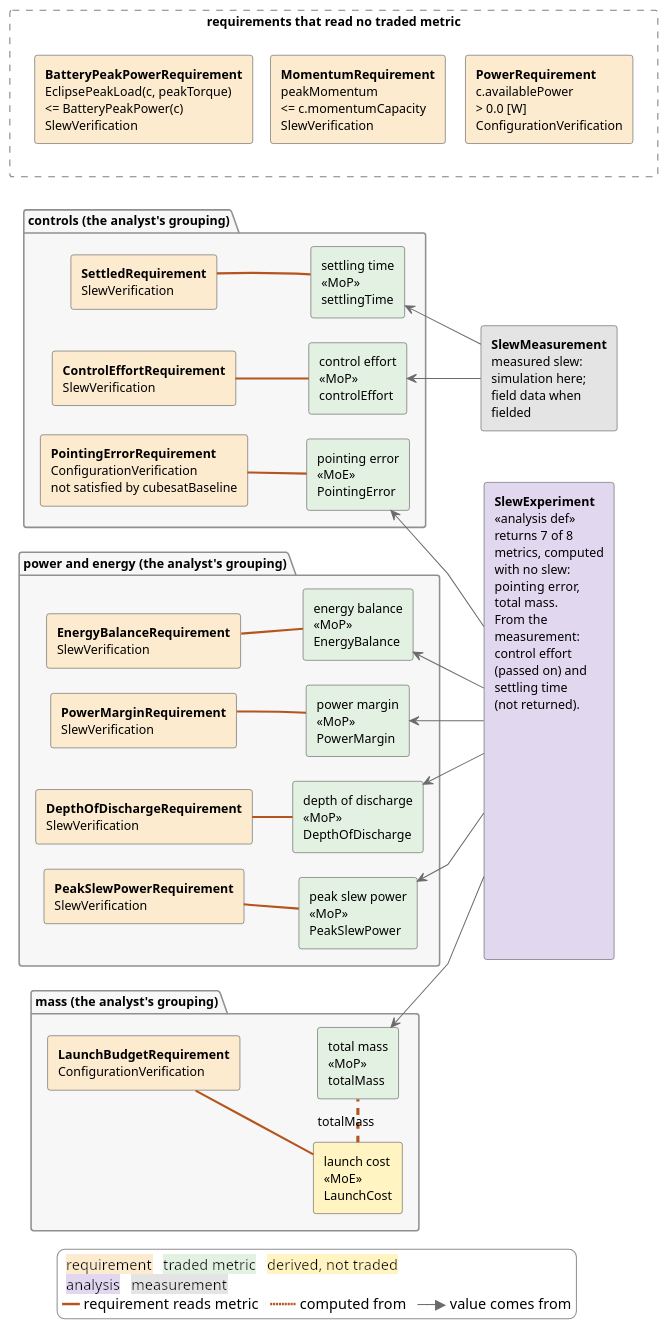
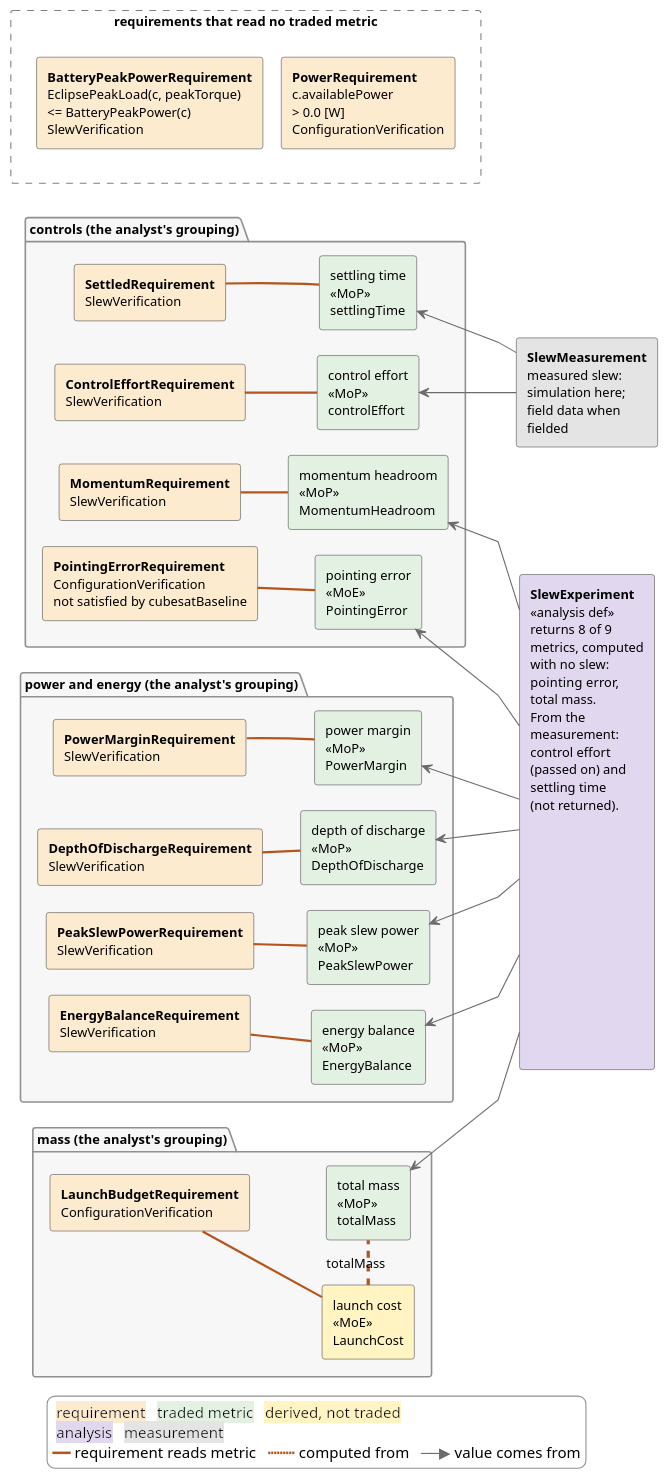
One commit to DynamicalSystemsGroup/hyperbolic-trade-space changed the diagram in examples/adcs/model_v2/views/behavioural_view.puml. Above: the diagram before and after it, drawn with PlantUML. The commit also changed 11 other files, not shown here.

```diff
--- a/examples/adcs/model_v2/views/behavioural_view.puml
+++ b/examples/adcs/model_v2/views/behavioural_view.puml
@@ -1,96 +1,100 @@
 @startuml
 left to right direction
 skinparam linetype polyline
 skinparam shadowing false
 skinparam defaultFontName SansSerif
 skinparam defaultFontSize 12
 skinparam ClassBackgroundColor white
 skinparam ClassBorderColor #404040
 skinparam ClassAttributeIconSize 0
 skinparam ArrowColor #404040
 skinparam RectangleBackgroundColor white
 skinparam RectangleBorderColor #404040
 skinparam PackageBackgroundColor #F7F7F7
 skinparam PackageBorderColor #909090
 skinparam LegendBackgroundColor white
 skinparam LegendBorderColor #909090
 skinparam nodesep 24
 skinparam ranksep 12
 hide circle
 hide empty members
 
 scale 700 width
 
 package "controls (the analyst's grouping)" {
   rectangle "**SettledRequirement**\nSlewVerification" as xSettledrequirement #FDEBD0
   rectangle "**ControlEffortRequirement**\nSlewVerification" as xControleffortrequirement #FDEBD0
   rectangle "**PointingErrorRequirement**\nConfigurationVerification\nnot satisfied by cubesatBaseline" as xPointingerrorrequirement #FDEBD0
+  rectangle "**MomentumRequirement**\nSlewVerification" as xMomentumrequirement #FDEBD0
   rectangle "settling time\n<<MoP>>\nsettlingTime" as xSettlingTime #E3F1E3
   rectangle "control effort\n<<MoP>>\ncontrolEffort" as xControlEffort #E3F1E3
   rectangle "pointing error\n<<MoE>>\nPointingError" as xPointingError #E3F1E3
+  rectangle "momentum headroom\n<<MoP>>\nMomentumHeadroom" as xMomentumHeadroom #E3F1E3
 }
 xSettledrequirement -[hidden]right-> xControleffortrequirement
 xControleffortrequirement -[hidden]right-> xPointingerrorrequirement
+xPointingerrorrequirement -[hidden]right-> xMomentumrequirement
 xSettlingTime -[hidden]right-> xControlEffort
 xControlEffort -[hidden]right-> xPointingError
+xPointingError -[hidden]right-> xMomentumHeadroom
 xSettledrequirement -[hidden]-> xSettlingTime
 package "power and energy (the analyst's grouping)" {
   rectangle "**PowerMarginRequirement**\nSlewVerification" as xPowermarginrequirement #FDEBD0
   rectangle "**EnergyBalanceRequirement**\nSlewVerification" as xEnergybalancerequirement #FDEBD0
   rectangle "**PeakSlewPowerRequirement**\nSlewVerification" as xPeakslewpowerrequirement #FDEBD0
   rectangle "**DepthOfDischargeRequirement**\nSlewVerification" as xDepthofdischargerequirement #FDEBD0
   rectangle "power margin\n<<MoP>>\nPowerMargin" as xPowerMargin #E3F1E3
   rectangle "energy balance\n<<MoP>>\nEnergyBalance" as xEnergyBalance #E3F1E3
   rectangle "peak slew power\n<<MoP>>\nPeakSlewPower" as xPeakSlewPower #E3F1E3
   rectangle "depth of discharge\n<<MoP>>\nDepthOfDischarge" as xDepthOfDischarge #E3F1E3
 }
 xPowermarginrequirement -[hidden]right-> xEnergybalancerequirement
 xEnergybalancerequirement -[hidden]right-> xPeakslewpowerrequirement
 xPeakslewpowerrequirement -[hidden]right-> xDepthofdischargerequirement
 xPowerMargin -[hidden]right-> xEnergyBalance
 xEnergyBalance -[hidden]right-> xPeakSlewPower
 xPeakSlewPower -[hidden]right-> xDepthOfDischarge
 xPowermarginrequirement -[hidden]-> xPowerMargin
 package "mass (the analyst's grouping)" {
   rectangle "**LaunchBudgetRequirement**\nConfigurationVerification" as xLaunchbudgetrequirement #FDEBD0
   rectangle "launch cost\n<<MoE>>\nLaunchCost" as xLaunchcost #FFF4C2
   rectangle "total mass\n<<MoP>>\ntotalMass" as xTotalMass #E3F1E3
 }
 xLaunchbudgetrequirement -[hidden]-> xTotalMass
 rectangle "requirements that read no traded metric" as xNoLine #FFFFFF;line:gray;line.dashed {
   rectangle "**BatteryPeakPowerRequirement**\nEclipsePeakLoad(c, peakTorque)\n<= BatteryPeakPower(c)\nSlewVerification" as xBatterypeakpowerrequirement #FDEBD0
-  rectangle "**MomentumRequirement**\npeakMomentum\n<= c.momentumCapacity\nSlewVerification" as xMomentumrequirement #FDEBD0
   rectangle "**PowerRequirement**\nc.availablePower\n> 0.0 [W]\nConfigurationVerification" as xPowerrequirement #FDEBD0
-  xBatterypeakpowerrequirement -[hidden]-> xMomentumrequirement
-  xMomentumrequirement -[hidden]-> xPowerrequirement
+  xBatterypeakpowerrequirement -[hidden]-> xPowerrequirement
 }
 xLaunchbudgetrequirement -[hidden]right-> xNoLine
 
-rectangle "**SlewExperiment**\n<<analysis def>>\nreturns 7 of 8\nmetrics, computed\nwith no slew:\npointing error,\ntotal mass.\nFrom the\nmeasurement:\ncontrol effort\n(passed on) and\nsettling time\n(not returned).\n\n\n\n\n\n\n\n\n\n\n\n\n\n" as xAnalysis #E1D8F0
+rectangle "**SlewExperiment**\n<<analysis def>>\nreturns 8 of 9\nmetrics, computed\nwith no slew:\npointing error,\ntotal mass.\nFrom the\nmeasurement:\ncontrol effort\n(passed on) and\nsettling time\n(not returned).\n\n\n\n\n\n\n\n\n\n\n\n\n\n" as xAnalysis #E1D8F0
 rectangle "**SlewMeasurement**\nmeasured slew:\nsimulation here;\nfield data when\nfielded" as xMeasure #E4E4E4
 xMeasure -[hidden]right-> xAnalysis
 
 xControleffortrequirement -[#B5541C,thickness=2]- xControlEffort
 xDepthofdischargerequirement -[#B5541C,thickness=2]- xDepthOfDischarge
 xEnergybalancerequirement -[#B5541C,thickness=2]- xEnergyBalance
 xLaunchbudgetrequirement -[#B5541C,thickness=2]- xLaunchcost
 xLaunchcost -[#B5541C,dashed,thickness=3]right- xTotalMass : totalMass
+xMomentumrequirement -[#B5541C,thickness=2]- xMomentumHeadroom
 xPeakslewpowerrequirement -[#B5541C,thickness=2]- xPeakSlewPower
 xPointingerrorrequirement -[#B5541C,thickness=2]- xPointingError
 xPowermarginrequirement -[#B5541C,thickness=2]- xPowerMargin
 xSettledrequirement -[#B5541C,thickness=2]- xSettlingTime
 xSettlingTime <-[#6B6B6B]- xMeasure
 xPointingError <-[#6B6B6B]- xAnalysis
 xTotalMass <-[#6B6B6B]- xAnalysis
 xControlEffort <-[#6B6B6B]- xMeasure
 xPowerMargin <-[#6B6B6B]- xAnalysis
 xEnergyBalance <-[#6B6B6B]- xAnalysis
 xPeakSlewPower <-[#6B6B6B]- xAnalysis
 xDepthOfDischarge <-[#6B6B6B]- xAnalysis
+xMomentumHeadroom <-[#6B6B6B]- xAnalysis
 
 legend bottom
   <back:#FDEBD0> requirement </back> <back:#E3F1E3> traded metric </back> <back:#FFF4C2> derived, not traded </back>
   <back:#E1D8F0> analysis </back> <back:#E4E4E4> measurement </back>
   <color:#B5541C>━━</color> requirement reads metric   <color:#B5541C>┅┅┅</color> computed from   <color:#6B6B6B>──▶</color> value comes from
 end legend
 @enduml
```
